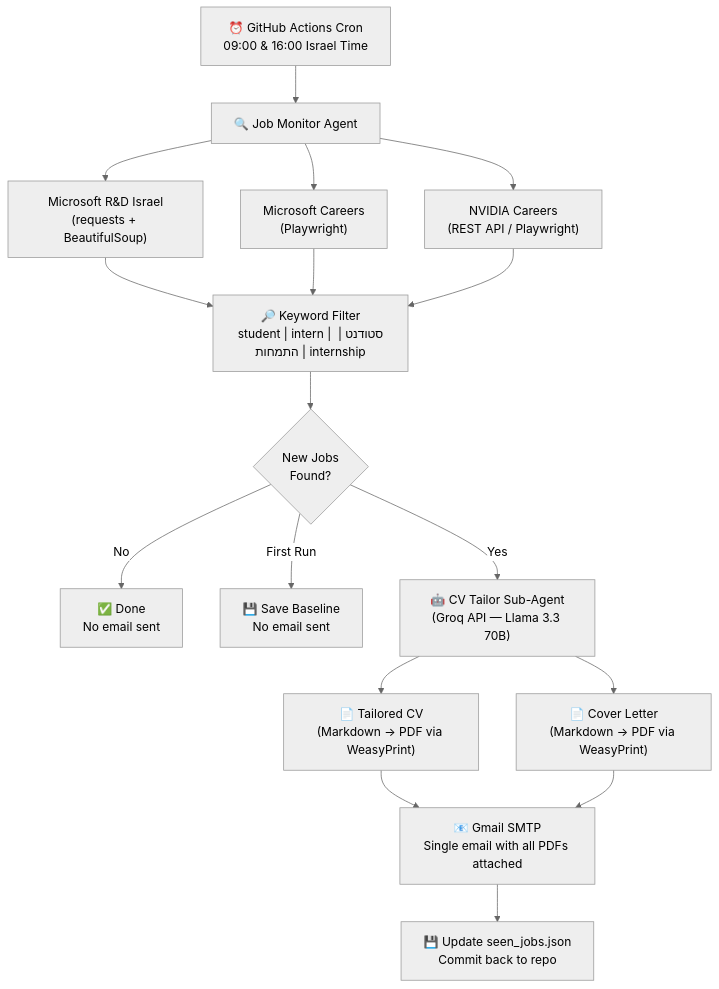
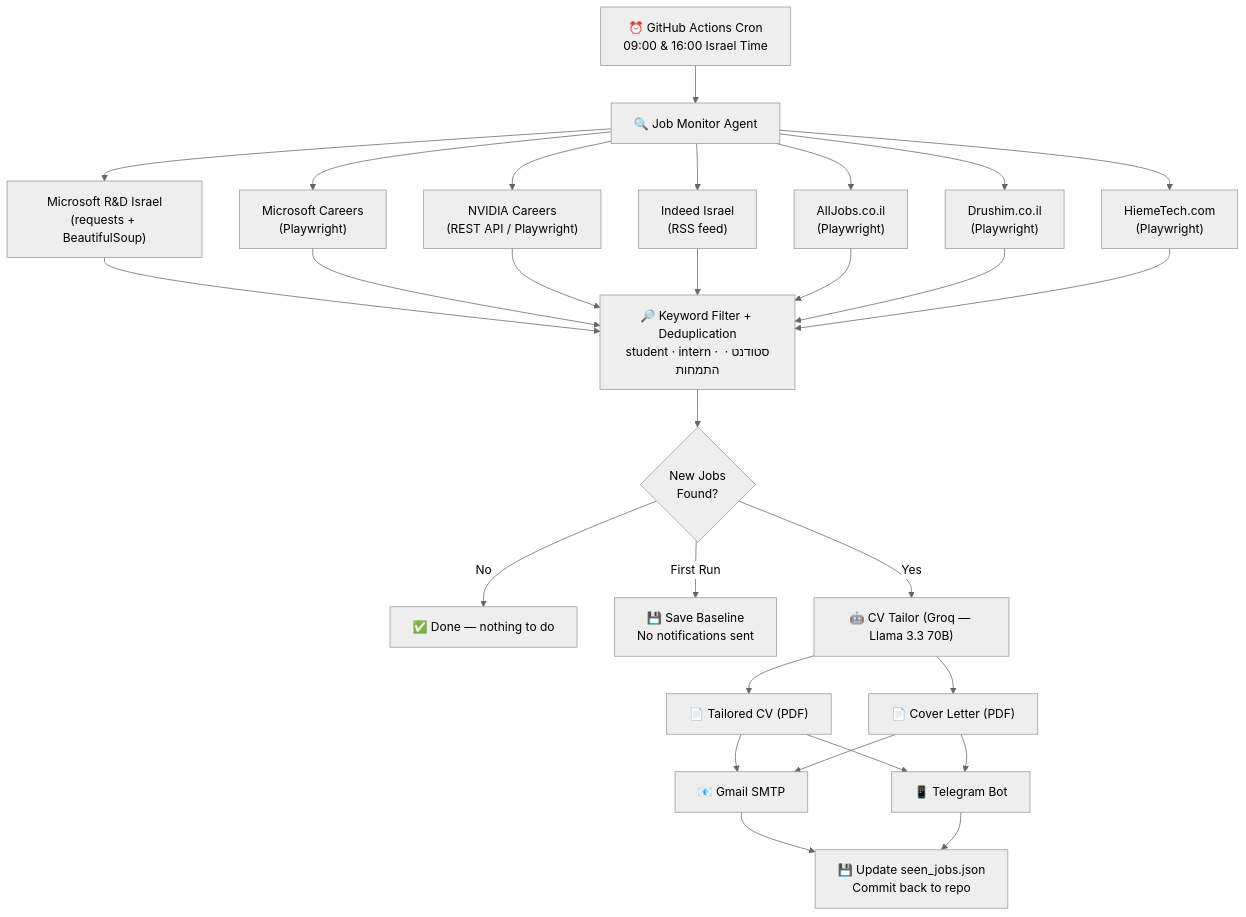
The diagram in README.md (Oratias07/job-agent), drawn with Mermaid (neutral theme) before and after one commit. The commit also changed other lines of this file and 22 other files, not shown here.

First line of the commit message:
Add 4 scrapers, Telegram bot, deduplication, tests, and docs

````diff
--- a/README.md
+++ b/README.md
@@ -7,27 +9,29 @@
 ```mermaid
 flowchart TD
     A["⏰ GitHub Actions Cron\n09:00 & 16:00 Israel Time"] --> B["🔍 Job Monitor Agent"]
 
     B --> C1["Microsoft R&D Israel\n(requests + BeautifulSoup)"]
     B --> C2["Microsoft Careers\n(Playwright)"]
     B --> C3["NVIDIA Careers\n(REST API / Playwright)"]
+    B --> C4["Indeed Israel\n(RSS feed)"]
+    B --> C5["AllJobs.co.il\n(Playwright)"]
+    B --> C6["Drushim.co.il\n(Playwright)"]
+    B --> C7["HiemeTech.com\n(Playwright)"]
 
-    C1 --> D["🔎 Keyword Filter\nstudent | intern | סטודנט | התמחות | internship"]
-    C2 --> D
-    C3 --> D
+    C1 & C2 & C3 & C4 & C5 & C6 & C7 --> D["🔎 Keyword Filter + Deduplication\nstudent · intern · סטודנט · התמחות"]
 
     D --> E{"New Jobs\nFound?"}
 
-    E -- No --> F["✅ Done\nNo email sent"]
-    E -- "First Run" --> G["💾 Save Baseline\nNo email sent"]
+    E -- No --> F["✅ Done — nothing to do"]
+    E -- "First Run" --> G["💾 Save Baseline\nNo notifications sent"]
 
-    E -- Yes --> H["🤖 CV Tailor Sub-Agent\n(Groq API — Llama 3.3 70B)"]
+    E -- Yes --> H["🤖 CV Tailor (Groq — Llama 3.3 70B)"]
 
-    H --> H1["📄 Tailored CV\n(Markdown → PDF via WeasyPrint)"]
-    H --> H2["📄 Cover Letter\n(Markdown → PDF via WeasyPrint)"]
+    H --> H1["📄 Tailored CV (PDF)"]
+    H --> H2["📄 Cover Letter (PDF)"]
 
-    H1 --> I["📧 Gmail SMTP\nSingle email with all PDFs attached"]
-    H2 --> I
+    H1 & H2 --> I["📧 Gmail SMTP"]
+    H1 & H2 --> J["📱 Telegram Bot"]
 
-    I --> J["💾 Update seen_jobs.json\nCommit back to repo"]
+    I & J --> K["💾 Update seen_jobs.json\nCommit back to repo"]
 ```
````
